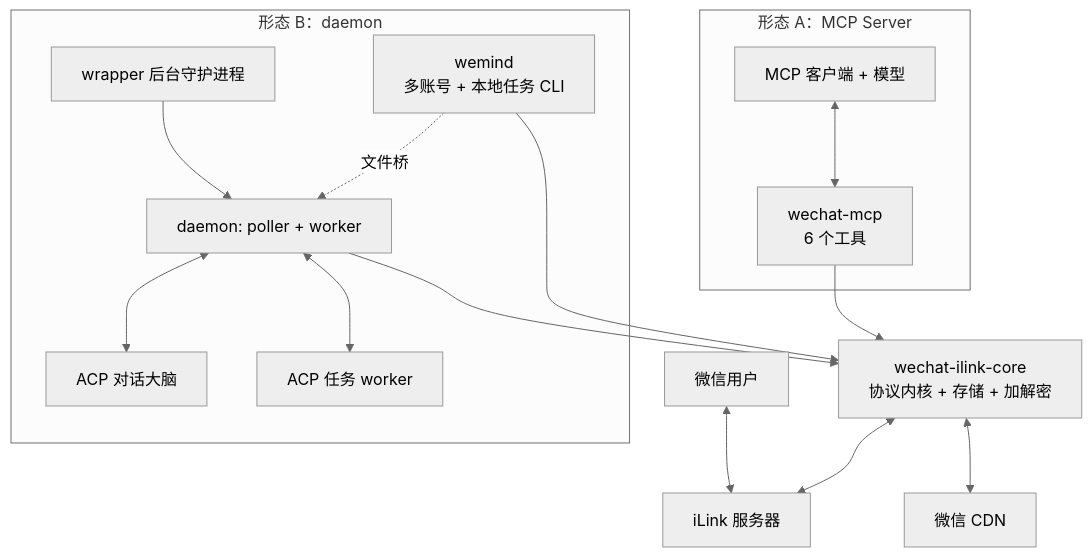
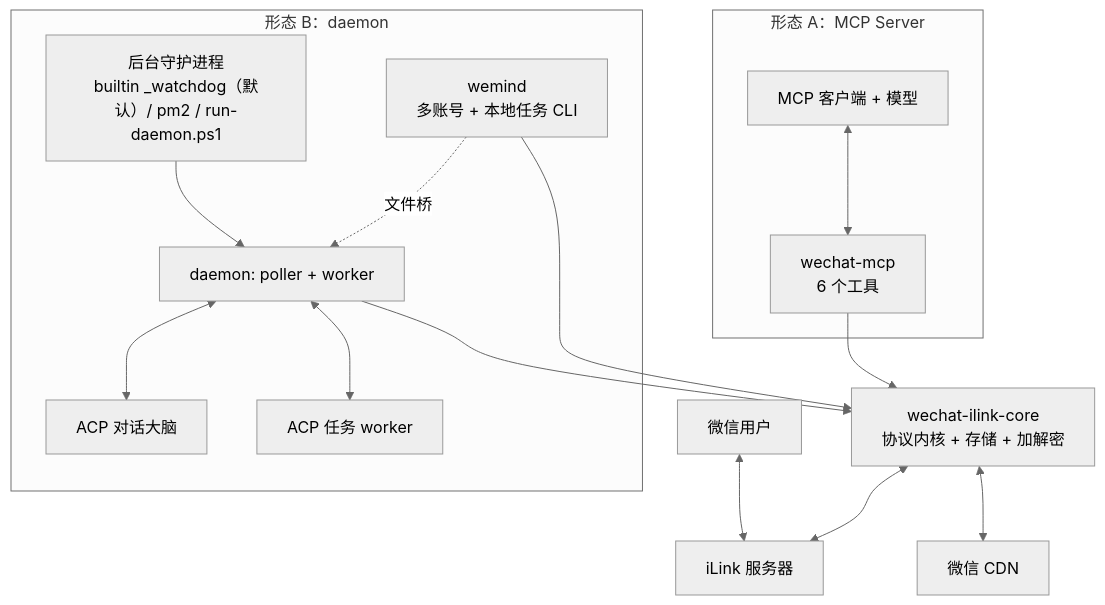
One commit to imwangpan/WeMind changed the sixth of 6 diagrams in docs/repowiki/02-系统架构.md. Above: the diagram before and after it, drawn with Mermaid (neutral theme). The commit also changed other lines of this file and 52 other files, not shown here.

````diff
--- a/docs/repowiki/02-系统架构.md
+++ b/docs/repowiki/02-系统架构.md
@@ -203,29 +203,29 @@
 ```mermaid
 graph TB
     U["微信用户"] <--> ILINK["iLink 服务器"]
 
     subgraph 形态A["形态 A：MCP Server"]
         MCP["wechat-mcp<br/>6 个工具"]
         CLIENT["MCP 客户端 + 模型"]
         CLIENT <--> MCP
     end
 
     subgraph 形态B["形态 B：daemon"]
-        WRAP["wrapper 后台守护进程"]
+        WRAP["后台守护进程<br/>builtin _watchdog（默认）/ pm2 / run-daemon.ps1"]
         DM["daemon: poller + worker"]
         BR["ACP 对话大脑"]
         WK["ACP 任务 worker"]
         MANAGE["wemind<br/>多账号 + 本地任务 CLI"]
         WRAP --> DM
         DM <--> BR
         DM <--> WK
         MANAGE -.文件桥.-> DM
     end
 
     CORE["wechat-ilink-core<br/>协议内核 + 存储 + 加解密"]
     MCP --> CORE
     DM --> CORE
     MANAGE --> CORE
     CORE <--> ILINK
     CORE <--> CDN["微信 CDN"]
 ```
````
